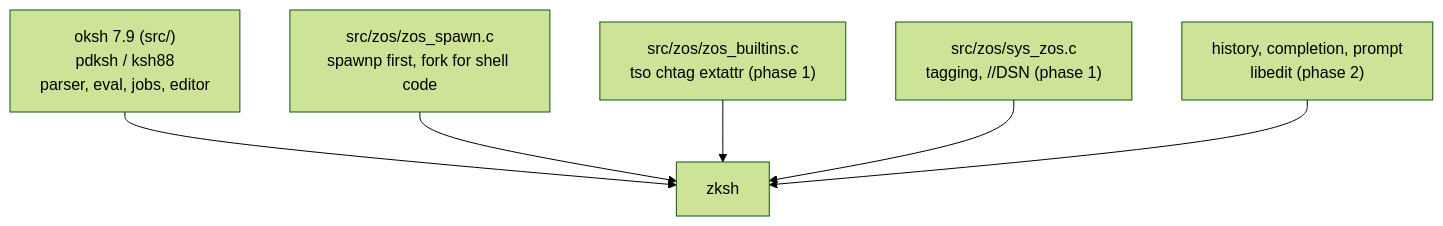
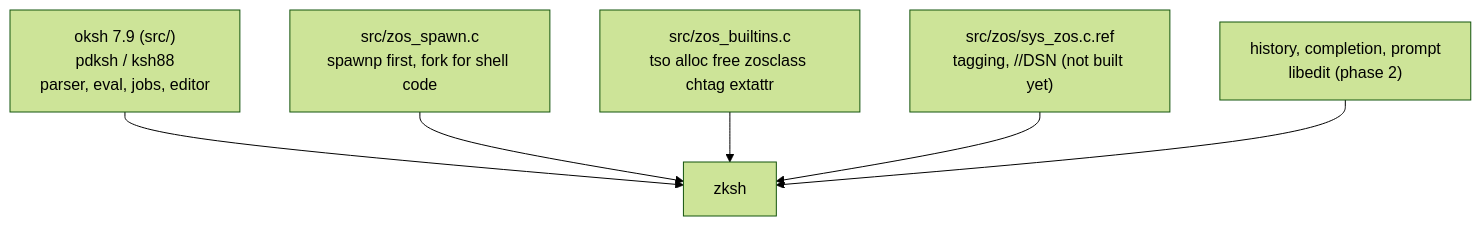
Before and after one commit to skurtz97/freebsd-userland-zos-port: the diagram in docs/README.md, drawn with Mermaid (forest theme). The commit also changed 4 other files, not shown here.

````diff
--- a/docs/README.md
+++ b/docs/README.md
@@ -22,13 +22,13 @@
 ```mermaid
 flowchart TB
     OKSH["oksh 7.9 (src/)<br/>pdksh / ksh88<br/>parser, eval, jobs, editor"]
-    SPAWN["src/zos/zos_spawn.c<br/>spawnp first, fork for shell code"]
-    ZB["src/zos/zos_builtins.c<br/>tso chtag extattr (phase 1)"]
-    TAG["src/zos/sys_zos.c<br/>tagging, //DSN (phase 1)"]
+    SPAWN["src/zos_spawn.c<br/>spawnp first, fork for shell code"]
+    ZB["src/zos_builtins.c<br/>tso alloc free zosclass chtag extattr"]
+    TAG["src/zos/sys_zos.c.ref<br/>tagging, //DSN (not built yet)"]
     INT["history, completion, prompt<br/>libedit (phase 2)"]
     OKSH --> ZKSH["zksh"]
     SPAWN --> ZKSH
     ZB --> ZKSH
     TAG --> ZKSH
     INT --> ZKSH
 ```
````
